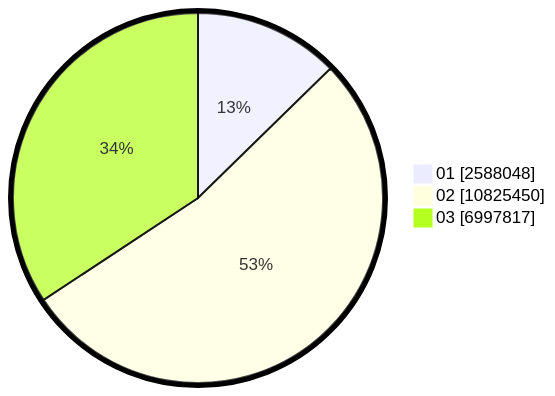
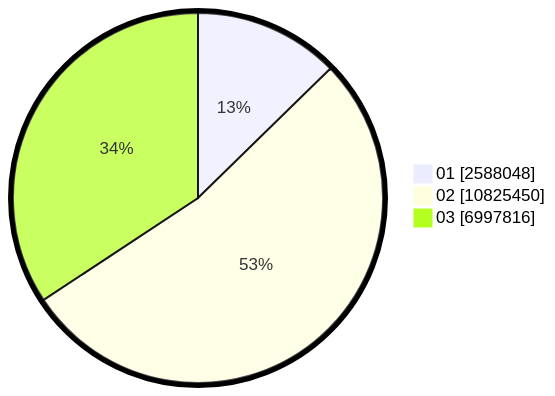
Before and after one commit to gigit-pemilu/pemilu-2024: the second of 2 diagrams in pilpres/hitung-suara/sub/table-wilayah-33.md, drawn with Mermaid. The commit also changed other lines of this file and 5 other files, not shown here.

````diff
--- a/pilpres/hitung-suara/sub/table-wilayah-33.md
+++ b/pilpres/hitung-suara/sub/table-wilayah-33.md
@@ -15,7 +15,7 @@
 ```mermaid
 %%{init: {"pie": {"textPosition": 0.5}, "themeVariables": {"pieOuterStrokeWidth": "5px"}} }%%
 pie showData
     "01" : 2588048
     "02" : 10825450
-    "03" : 6997817
+    "03" : 6997816
 ```
````
